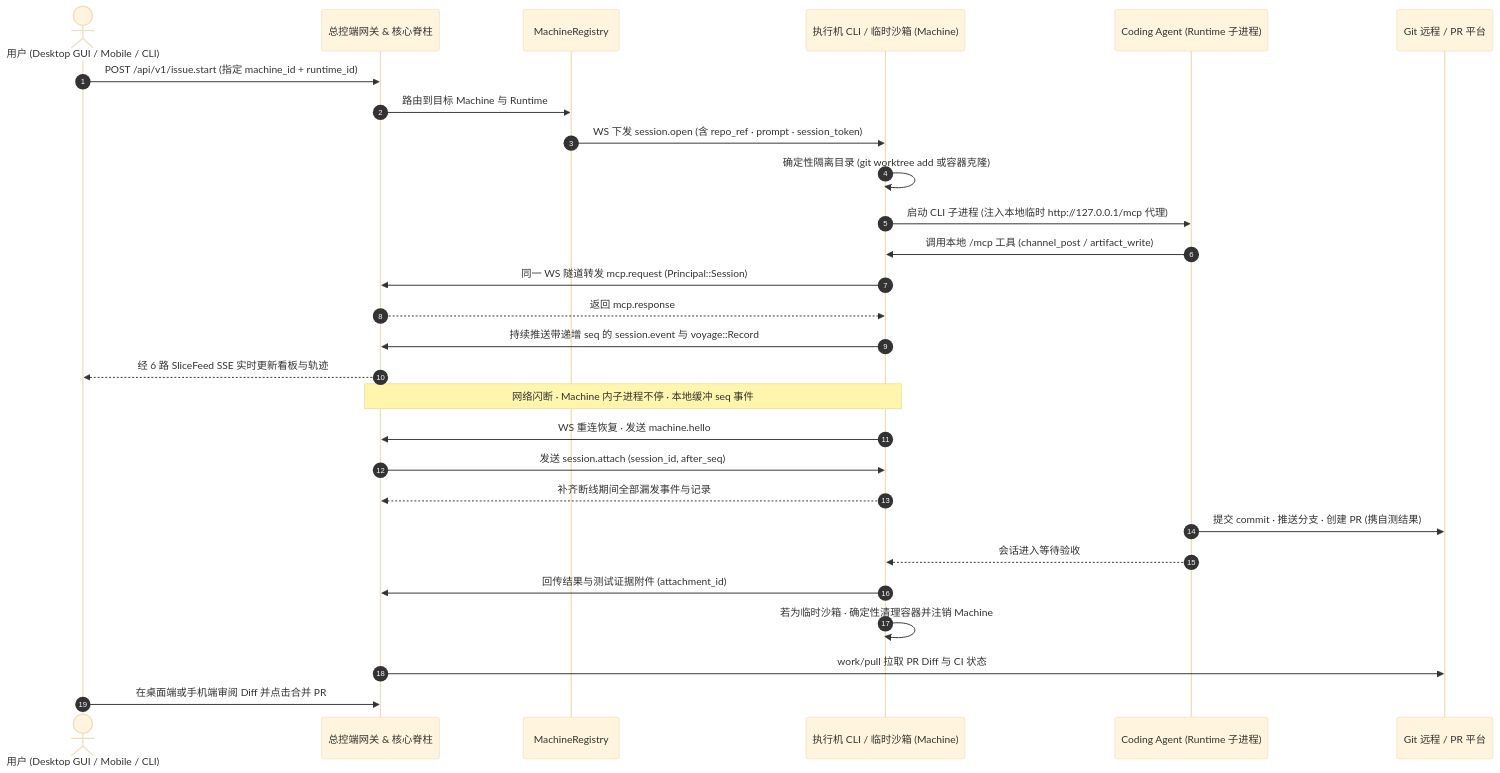
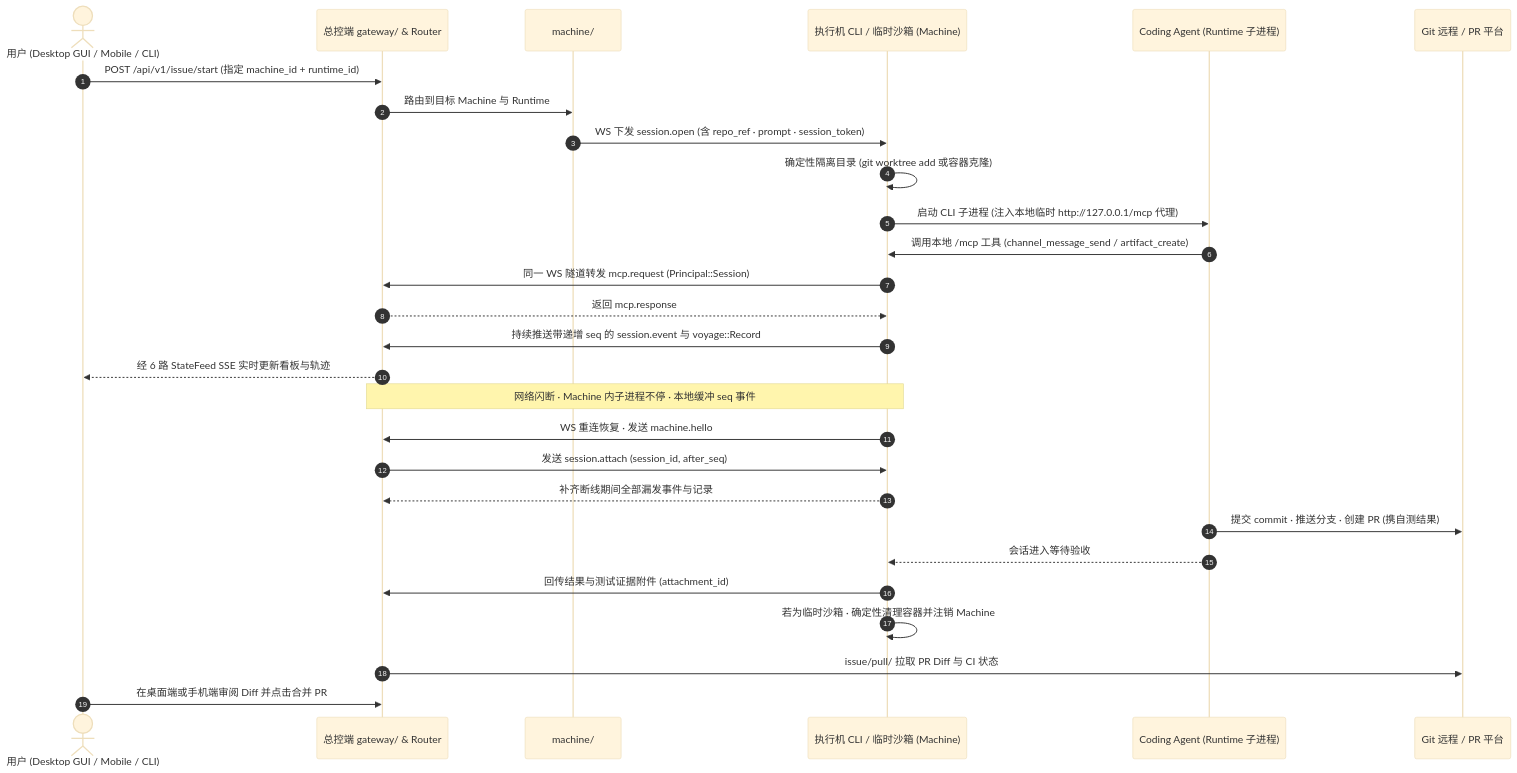
One commit to vibevalleyhq/vibevalley changed the fourth of 5 diagrams in docs/architecture-topology.md. Above: the diagram before and after it, drawn with Mermaid (base theme). The commit also changed other lines of this file and 818 other files, not shown here.

First line of the commit message:
Flatten server architecture, adopt Tokio across runtime, and unify 12-type directory artifacts

````diff
--- a/docs/architecture-topology.md
+++ b/docs/architecture-topology.md
@@ -307,33 +289,33 @@
 ```mermaid
 sequenceDiagram
   autonumber
   actor User as 用户 (Desktop GUI / Mobile / CLI)
-  participant Gate as 总控端网关 & 核心脊柱
-  participant Reg as MachineRegistry
+  participant Gate as 总控端 gateway/ & Router
+  participant Reg as machine/
   participant Mach as 执行机 CLI / 临时沙箱 (Machine)
   participant Agent as Coding Agent (Runtime 子进程)
   participant Git as Git 远程 / PR 平台
 
-  User->>Gate: POST /api/v1/issue.start (指定 machine_id + runtime_id)
+  User->>Gate: POST /api/v1/issue/start (指定 machine_id + runtime_id)
   Gate->>Reg: 路由到目标 Machine 与 Runtime
   Reg->>Mach: WS 下发 session.open (含 repo_ref · prompt · session_token)
   Mach->>Mach: 确定性隔离目录 (git worktree add 或容器克隆)
   Mach->>Agent: 启动 CLI 子进程 (注入本地临时 http://127.0.0.1/mcp 代理)
-  Agent->>Mach: 调用本地 /mcp 工具 (channel_post / artifact_write)
+  Agent->>Mach: 调用本地 /mcp 工具 (channel_message_send / artifact_create)
   Mach->>Gate: 同一 WS 隧道转发 mcp.request (Principal::Session)
   Gate-->>Mach: 返回 mcp.response
   Mach->>Gate: 持续推送带递增 seq 的 session.event 与 voyage::Record
-  Gate-->>User: 经 6 路 SliceFeed SSE 实时更新看板与轨迹
+  Gate-->>User: 经 6 路 StateFeed SSE 实时更新看板与轨迹
 
   Note over Gate,Mach: 网络闪断 · Machine 内子进程不停 · 本地缓冲 seq 事件
   Mach->>Gate: WS 重连恢复 · 发送 machine.hello
   Gate->>Mach: 发送 session.attach (session_id, after_seq)
   Mach-->>Gate: 补齐断线期间全部漏发事件与记录
 
   Agent->>Git: 提交 commit · 推送分支 · 创建 PR (携自测结果)
   Agent-->>Mach: 会话进入等待验收
   Mach->>Gate: 回传结果与测试证据附件 (attachment_id)
   Mach->>Mach: 若为临时沙箱 · 确定性清理容器并注销 Machine
-  Gate->>Git: work/pull 拉取 PR Diff 与 CI 状态
+  Gate->>Git: issue/pull/ 拉取 PR Diff 与 CI 状态
   User->>Gate: 在桌面端或手机端审阅 Diff 并点击合并 PR
 ```
````
